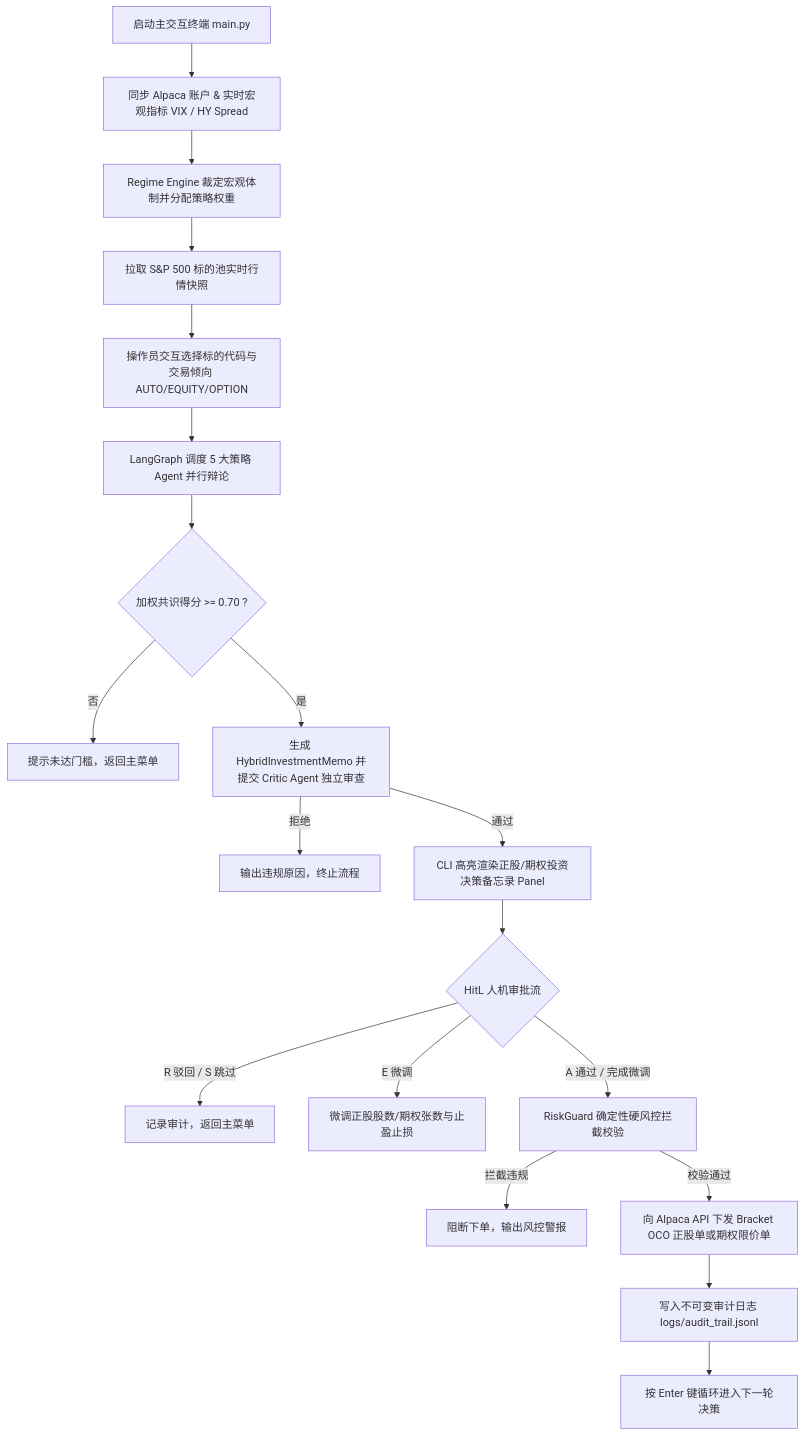
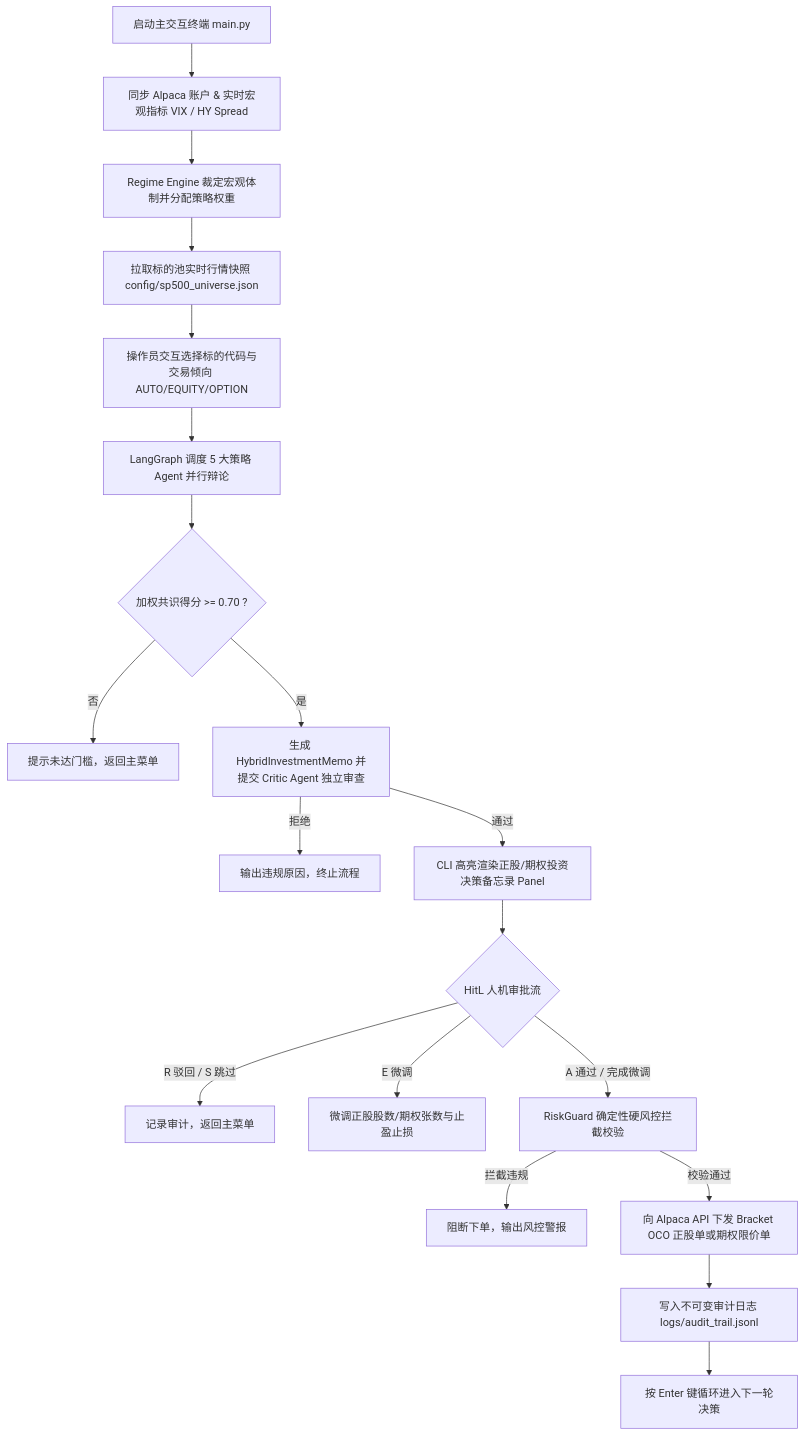
The diagram in README.md (Tonytan123/AiAgentForTrading), drawn with Mermaid before and after one commit. The commit also changed other lines of this file, not shown here.

````diff
--- a/README.md
+++ b/README.md
@@ -44,21 +47,21 @@
 ```mermaid
 flowchart TD
     A[启动主交互终端 main.py] --> B[同步 Alpaca 账户 & 实时宏观指标 VIX / HY Spread]
     B --> C[Regime Engine 裁定宏观体制并分配策略权重]
-    C --> D[拉取 S&P 500 标的池实时行情快照]
+    C --> D[拉取标的池实时行情快照 config/sp500_universe.json]
     D --> E[操作员交互选择标的代码与交易倾向 AUTO/EQUITY/OPTION]
     E --> F[LangGraph 调度 5 大策略 Agent 并行辩论]
     F --> G{加权共识得分 >= 0.70 ?}
     G -- 否 --> H[提示未达门槛，返回主菜单]
     G -- 是 --> I[生成 HybridInvestmentMemo 并提交 Critic Agent 独立审查]
     I -- 拒绝 --> J[输出违规原因，终止流程]
     I -- 通过 --> K[CLI 高亮渲染正股/期权投资决策备忘录 Panel]
     K --> L{HitL 人机审批流}
     L -- R 驳回 / S 跳过 --> M[记录审计，返回主菜单]
     L -- E 微调 --> N[微调正股股数/期权张数与止盈止损]
     L -- A 通过 / 完成微调 --> O[RiskGuard 确定性硬风控拦截校验]
     O -- 拦截违规 --> P[阻断下单，输出风控警报]
     O -- 校验通过 --> Q[向 Alpaca API 下发 Bracket OCO 正股单或期权限价单]
     Q --> R[写入不可变审计日志 logs/audit_trail.jsonl]
     R --> S[按 Enter 键循环进入下一轮决策]
 ```
````
